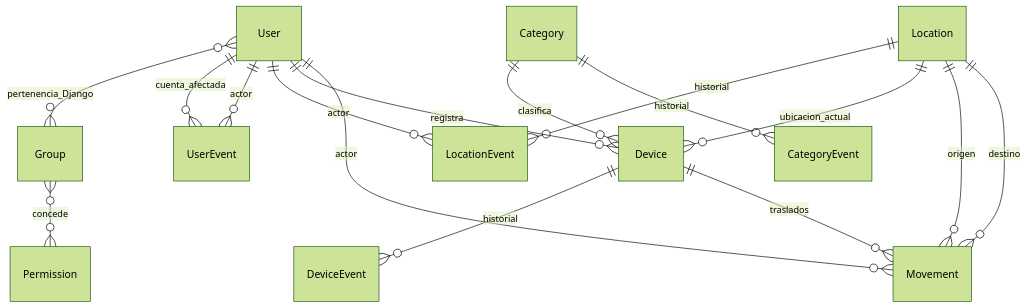
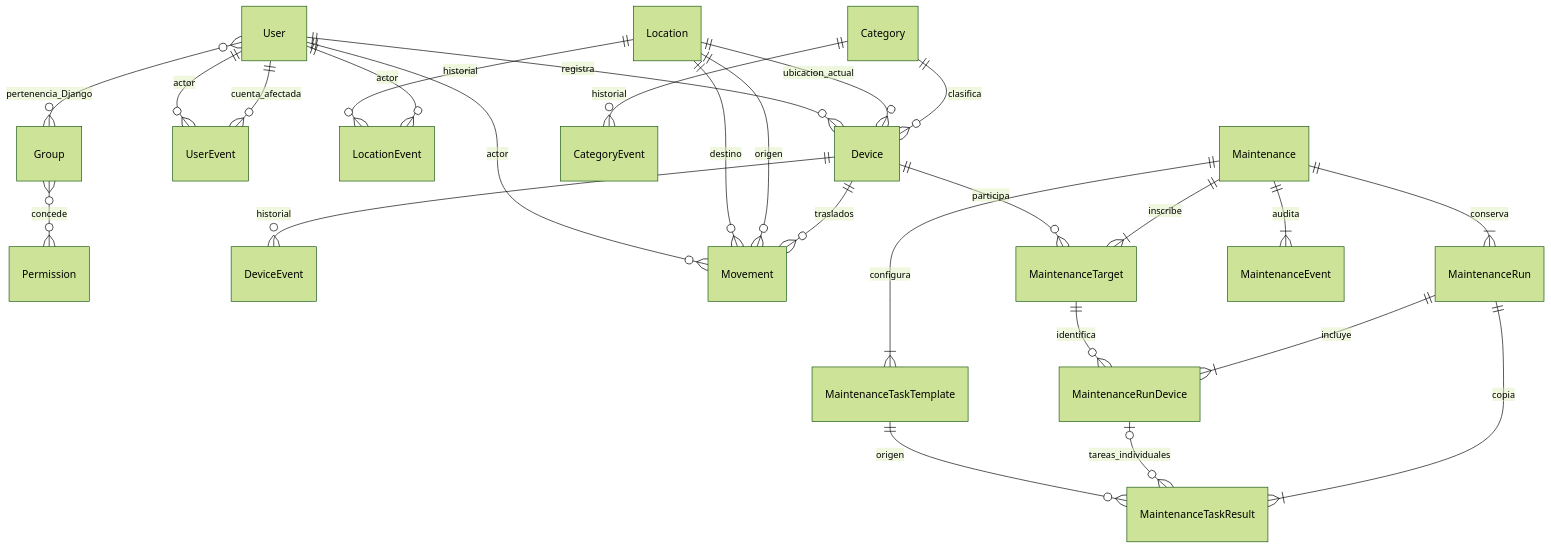
Before and after one commit to JPjocar/bitacora: the diagram in docs/MODELO_DATOS.md, drawn with Mermaid (forest theme). The commit also changed other lines of this file and 45 other files, not shown here.

````diff
--- a/docs/MODELO_DATOS.md
+++ b/docs/MODELO_DATOS.md
@@ -3,18 +3,28 @@
 ```mermaid
 erDiagram
     User }o--o{ Group : pertenencia_Django
     Group }o--o{ Permission : concede
     User ||--o{ UserEvent : cuenta_afectada
     User ||--o{ UserEvent : actor
     User ||--o{ LocationEvent : actor
     Location ||--o{ LocationEvent : historial
     Category ||--o{ Device : clasifica
     Category ||--o{ CategoryEvent : historial
     Location ||--o{ Device : ubicacion_actual
     User ||--o{ Device : registra
     Device ||--o{ DeviceEvent : historial
     Device ||--o{ Movement : traslados
     Location ||--o{ Movement : origen
     Location ||--o{ Movement : destino
     User ||--o{ Movement : actor
+    Maintenance ||--|{ MaintenanceTarget : inscribe
+    Device ||--o{ MaintenanceTarget : participa
+    Maintenance ||--|{ MaintenanceTaskTemplate : configura
+    Maintenance ||--|{ MaintenanceRun : conserva
+    MaintenanceRun ||--|{ MaintenanceRunDevice : incluye
+    MaintenanceTarget ||--o{ MaintenanceRunDevice : identifica
+    MaintenanceRun ||--|{ MaintenanceTaskResult : copia
+    MaintenanceRunDevice |o--o{ MaintenanceTaskResult : tareas_individuales
+    MaintenanceTaskTemplate ||--o{ MaintenanceTaskResult : origen
+    Maintenance ||--|{ MaintenanceEvent : audita
 ```
````
